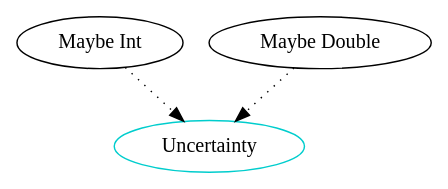
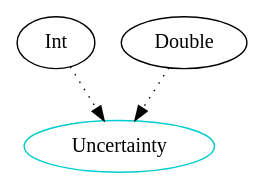
Before and after one commit to JacquesCarette/Drasil: the diagram in People/Anthony/Type_Dependency_Graphs/JoinedTypes/June_18_2021/Uncertainty.dot, drawn with Graphviz. The commit also changed 20 other files, not shown here.

```diff
--- a/People/Anthony/Type_Dependency_Graphs/JoinedTypes/June_18_2021/Uncertainty.dot
+++ b/People/Anthony/Type_Dependency_Graphs/JoinedTypes/June_18_2021/Uncertainty.dot
@@ -1,12 +1,12 @@
 digraph uncertainty {
 
-    MaybeInt -> Uncertainty [style="dotted"];
-    MaybeDouble -> Uncertainty [style="dotted"];
+    Int -> Uncertainty [style="dotted"];
+    Double -> Uncertainty [style="dotted"];
 
     /* definitions for each type component */
 	Uncertainty 	    [shape=oval, color=cyan3, label="Uncertainty"];
-    MaybeInt 	    [shape=oval, color=black, label="Maybe Int"];
-    MaybeDouble 	    [shape=oval, color=black, label="Maybe Double"];
+    //MaybeInt 	    [shape=oval, color=black, label="Maybe Int"];
+    //MaybeDouble 	    [shape=oval, color=black, label="Maybe Double"];
 }
 
 /* dot -Tpng sample.dot -o sample.png */
```
